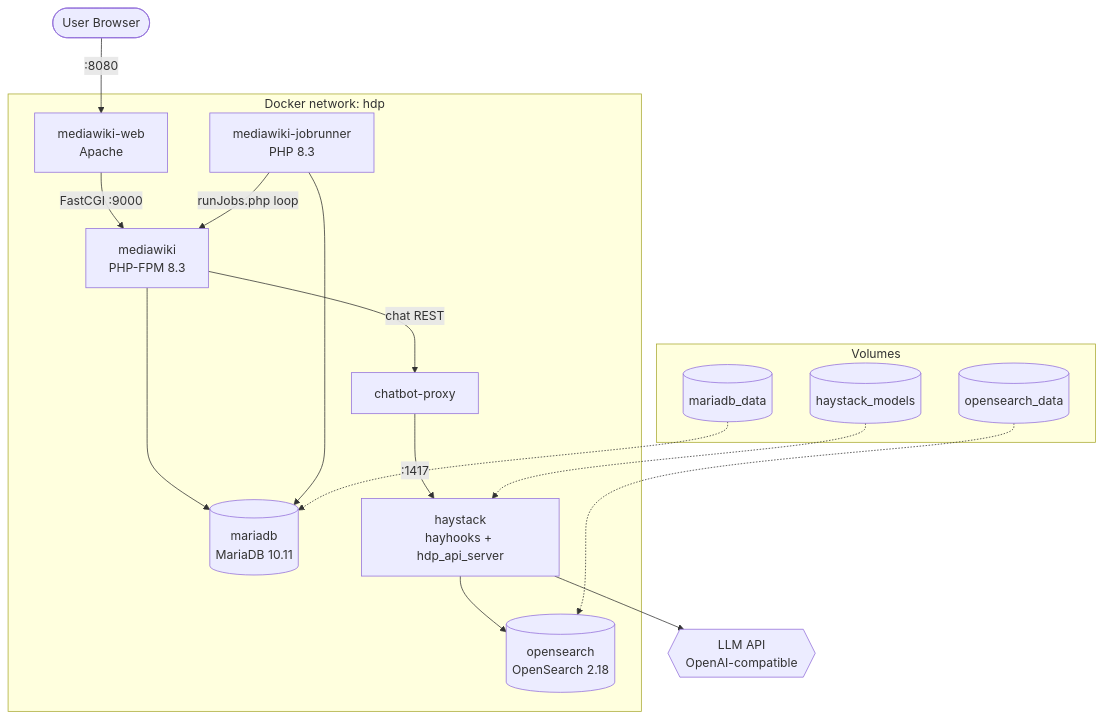
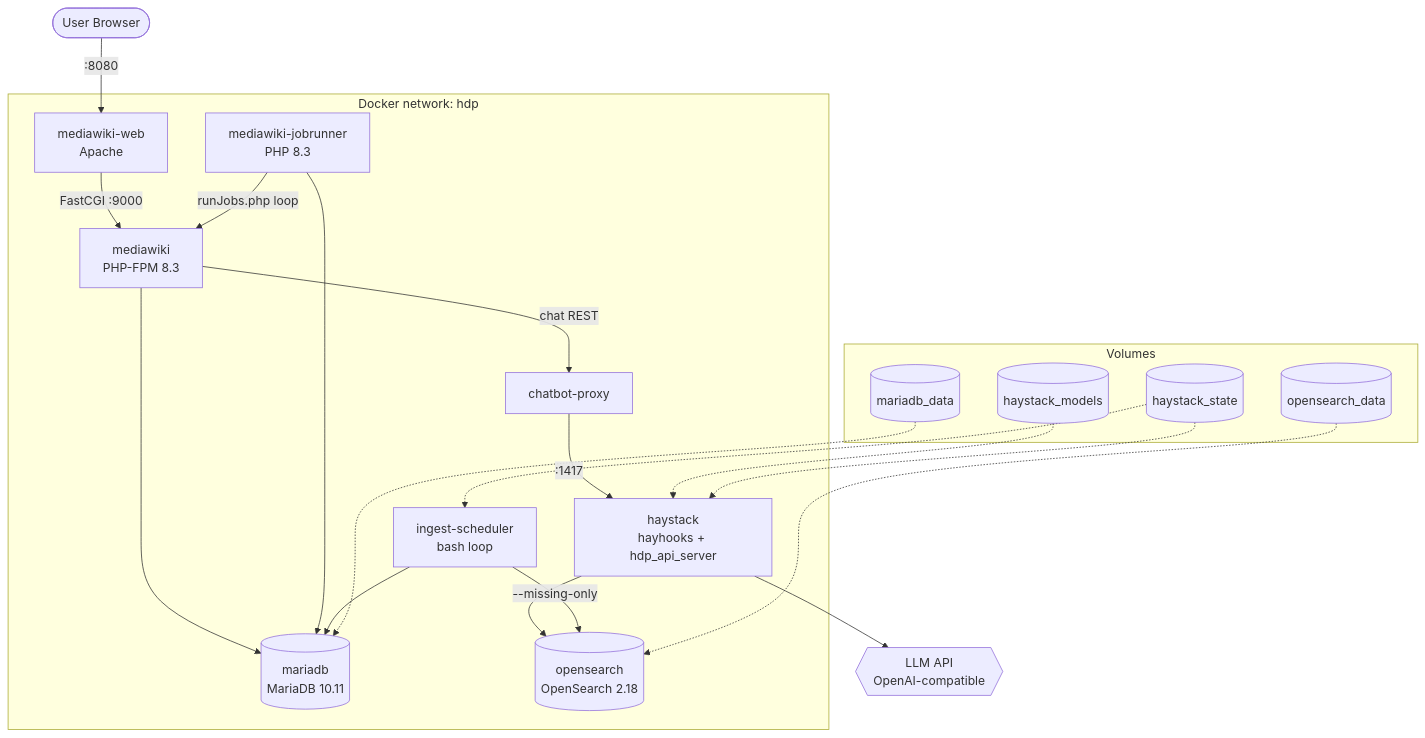
The diagram in docs/wiki/modules/docker-services.md (Sidiberlin/hdp), drawn with Mermaid before and after one commit. The commit also changed other lines of this file and 5 other files, not shown here.

First line of the commit message:
docs(ingest): document the scheduler and ingestion API (QoL6)

````diff
--- a/docs/wiki/modules/docker-services.md
+++ b/docs/wiki/modules/docker-services.md
@@ -32,36 +32,42 @@
 ```mermaid
 flowchart TD
     Browser([User Browser])
 
     subgraph net["Docker network: hdp"]
         Web["mediawiki-web<br>Apache"]
         MW["mediawiki<br>PHP-FPM 8.3"]
         JR["mediawiki-jobrunner<br>PHP 8.3"]
         MDB[("mariadb<br>MariaDB 10.11")]
         OS[("opensearch<br>OpenSearch 2.18")]
         HS["haystack<br>hayhooks + hdp_api_server"]
+        Sched["ingest-scheduler<br>bash loop"]
         Proxy["chatbot-proxy"]
     end
 
     subgraph vol["Volumes"]
         MDBV[("mariadb_data")]
         OSV[("opensearch_data")]
         HSV[("haystack_models")]
+        HSTV[("haystack_state")]
     end
 
     LLM{{"LLM API<br>OpenAI-compatible"}}
 
     Browser -->|":8080"| Web
     Web -->|"FastCGI :9000"| MW
     JR -->|"runJobs.php loop"| MW
     MW --> MDB
     JR --> MDB
     MW -->|"chat REST"| Proxy
     Proxy -->|":1417"| HS
     HS --> OS
     HS --> LLM
+    Sched -->|"--missing-only"| OS
+    Sched --> MDB
 
     MDBV -.-> MDB
     OSV -.-> OS
     HSV -.-> HS
+    HSTV -.-> HS
+    HSTV -.-> Sched
 ```
````
